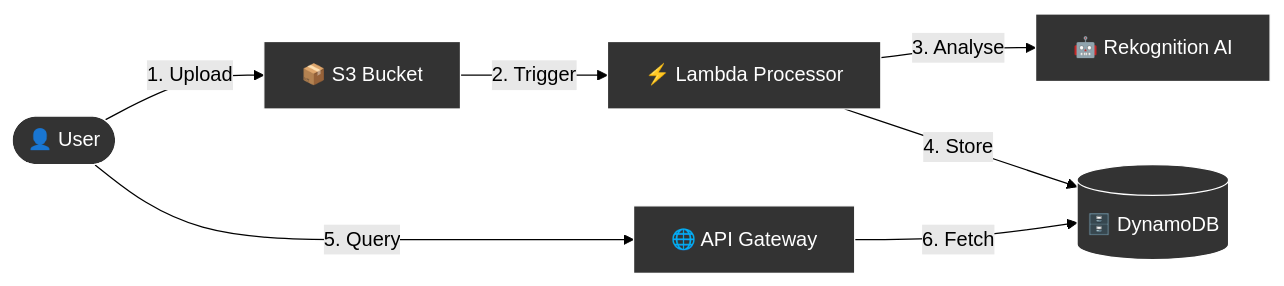
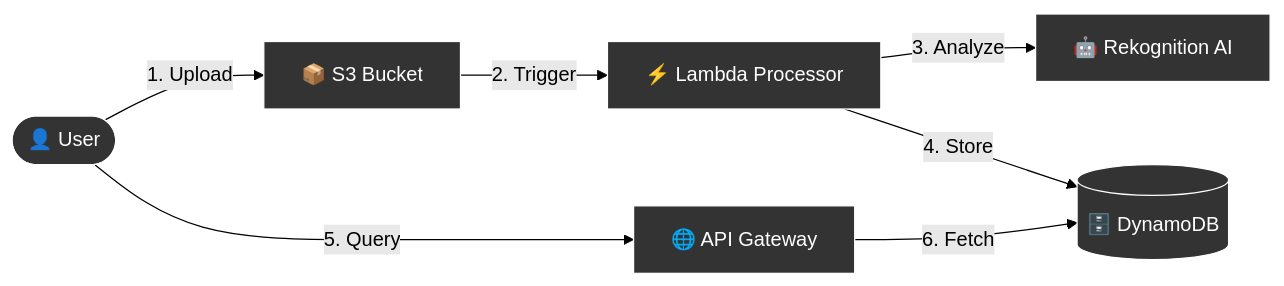
One commit to Gh0stbasta/serverless-ai-image-tagger changed the diagram in README.md. Above: the diagram before and after it, drawn with Mermaid (forest theme).

Commit message:
Fix spelling: Analyse -> Analyze for consistency

````diff
--- a/README.md
+++ b/README.md
@@ -66,16 +66,16 @@
 ```mermaid
 graph LR
     User([👤 User]) -->|1. Upload| S3[📦 S3 Bucket]
     S3 -->|2. Trigger| Lambda[⚡ Lambda Processor]
-    Lambda -->|3. Analyse| Rekognition[🤖 Rekognition AI]
+    Lambda -->|3. Analyze| Rekognition[🤖 Rekognition AI]
     Lambda -->|4. Store| DynamoDB[(🗄️ DynamoDB)]
     User -->|5. Query| API[🌐 API Gateway]
     API -->|6. Fetch| DynamoDB
 
     style User fill:#333,stroke:#fff,color:#fff
     style S3 fill:#333,stroke:#fff,color:#fff
     style Lambda fill:#333,stroke:#fff,color:#fff
     style Rekognition fill:#333,stroke:#fff,color:#fff
     style DynamoDB fill:#333,stroke:#fff,color:#fff
     style API fill:#333,stroke:#fff,color:#fff
 ```
````
